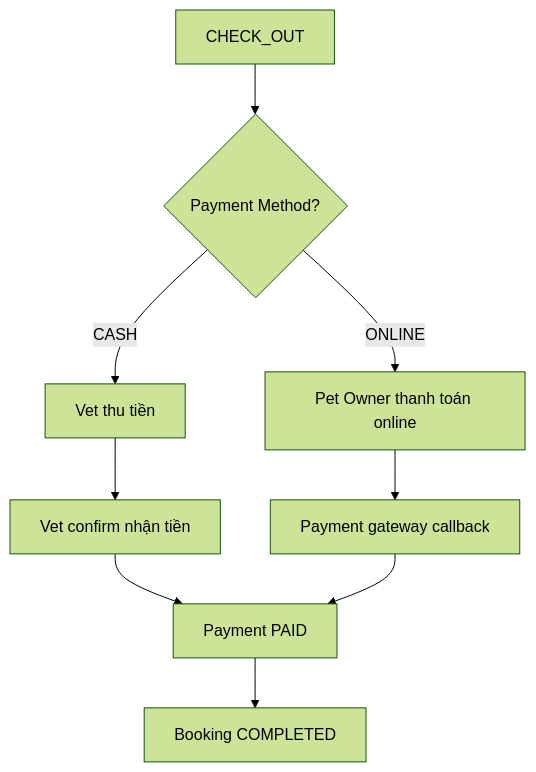
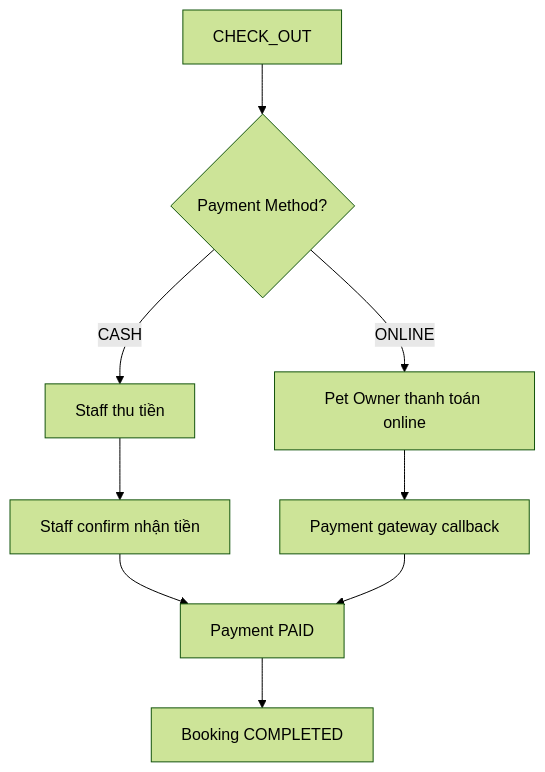
One commit to espresso23/Petties-Veterinary-Appointment-Booking-Platform changed the fifth of 5 diagrams in docs-references/documentation/BOOKING_WORKFLOW.md. Above: the diagram before and after it, drawn with Mermaid (forest theme). The commit also changed other lines of this file and 204 other files, not shown here.

First line of the commit message:
refactor(all): complete vet→staff naming migration across codebase

````diff
--- a/docs-references/documentation/BOOKING_WORKFLOW.md
+++ b/docs-references/documentation/BOOKING_WORKFLOW.md
@@ -192,14 +192,14 @@
 ```mermaid
 flowchart TD
     A[CHECK_OUT] --> B{Payment Method?}
-    B -->|CASH| C[Vet thu tiền]
+    B -->|CASH| C[Staff thu tiền]
     B -->|ONLINE| D[Pet Owner thanh toán online]
     
-    C --> E[Vet confirm nhận tiền]
+    C --> E[Staff confirm nhận tiền]
     D --> F[Payment gateway callback]
     
     E --> G[Payment PAID]
     F --> G
     
     G --> H[Booking COMPLETED]
 ```
````
